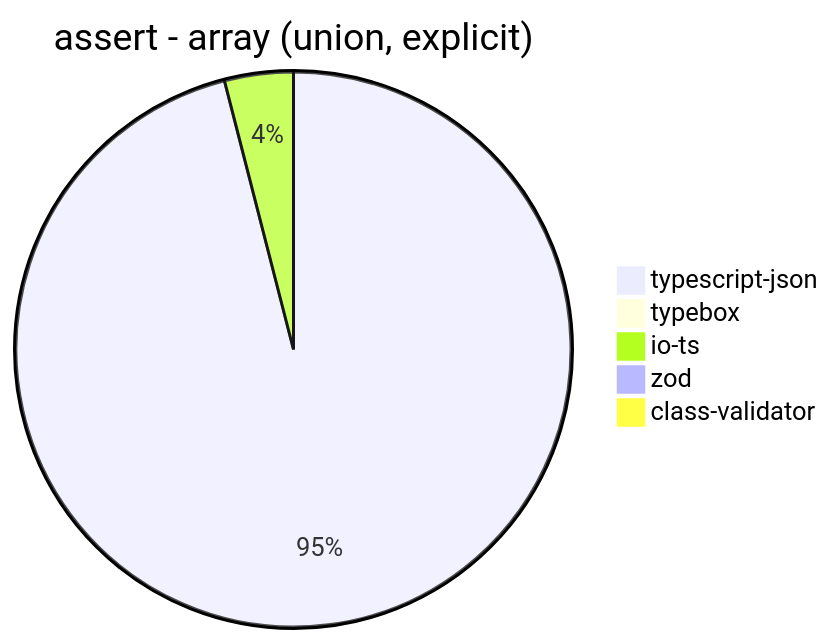
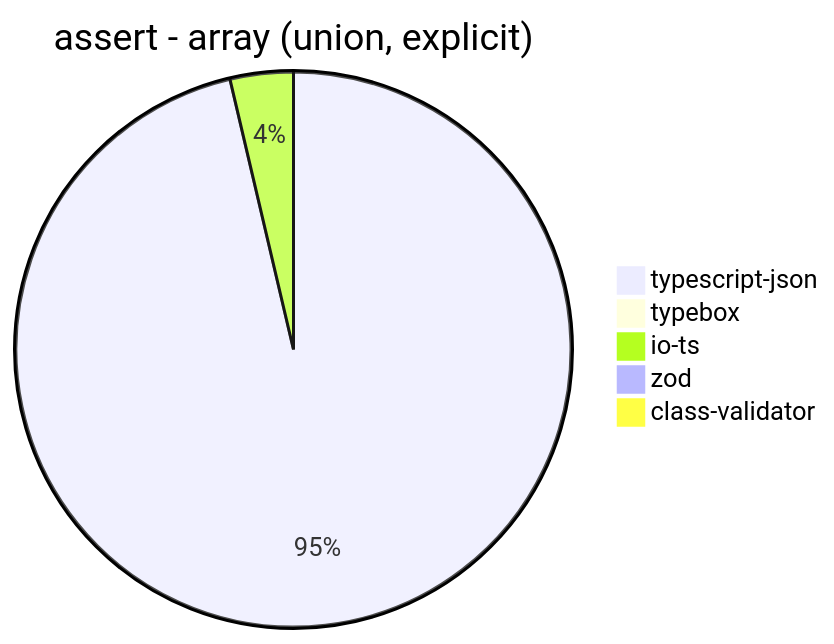
Before and after one commit to samchon/typia: diagram 14 of 39 in benchmark/results/AMD Ryzen 7 5800H with Radeon Graphics.md, drawn with Mermaid. The commit also changed other lines of this file and 3 other files, not shown here.

````diff
--- a/benchmark/results/AMD Ryzen 7 5800H with Radeon Graphics.md
+++ b/benchmark/results/AMD Ryzen 7 5800H with Radeon Graphics.md
@@ -176,8 +176,8 @@
 ```mermaid
 pie title assert - array (union, explicit)
-  "typescript-json": 2035.727239753355
-  "typebox": 19.83411467724486
-  "io-ts": 84.88307862272141
-  "zod": 2.800074668657831
-  "class-validator": 7.387762833870052
+  "typescript-json": 2139.5010016390456
+  "typebox": 19.64023494860499
+  "io-ts": 81.6215233593892
+  "zod": 2.815843814529754
+  "class-validator": 6.551410373066424
 ```
````
